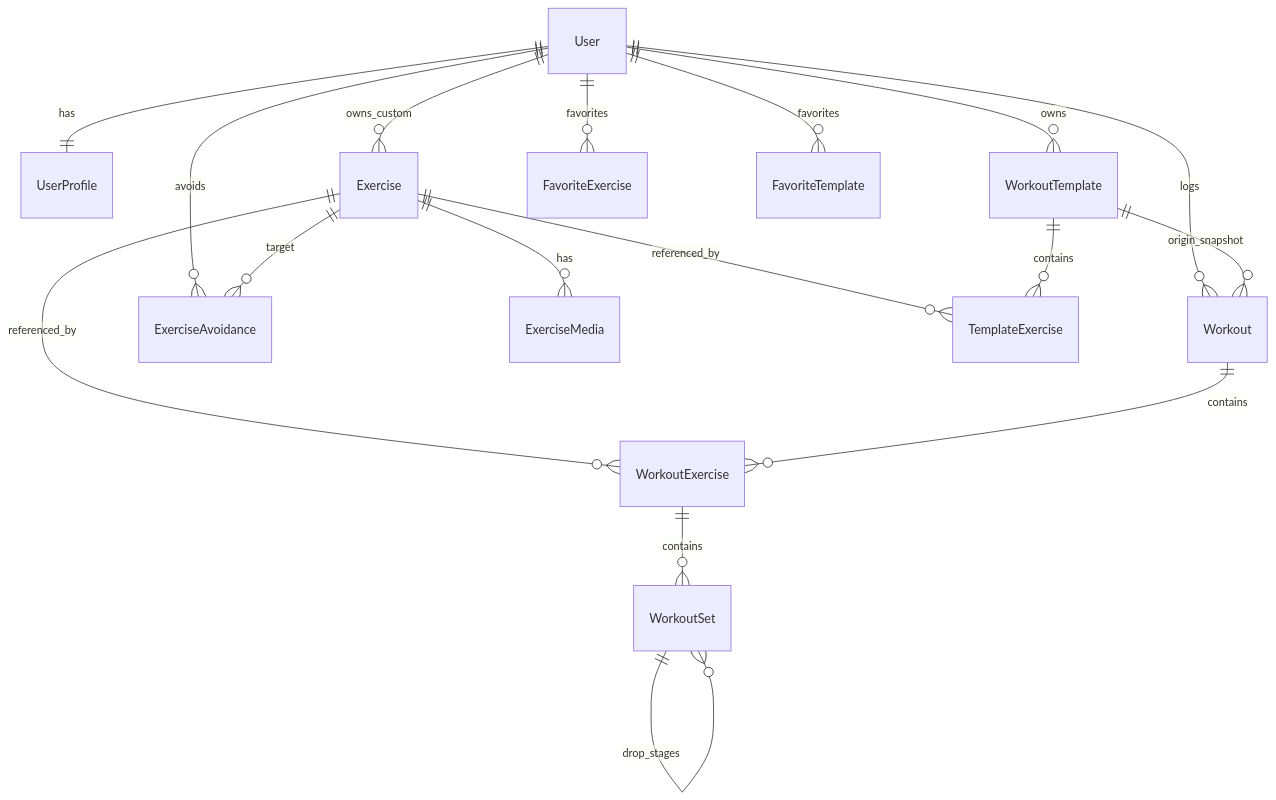
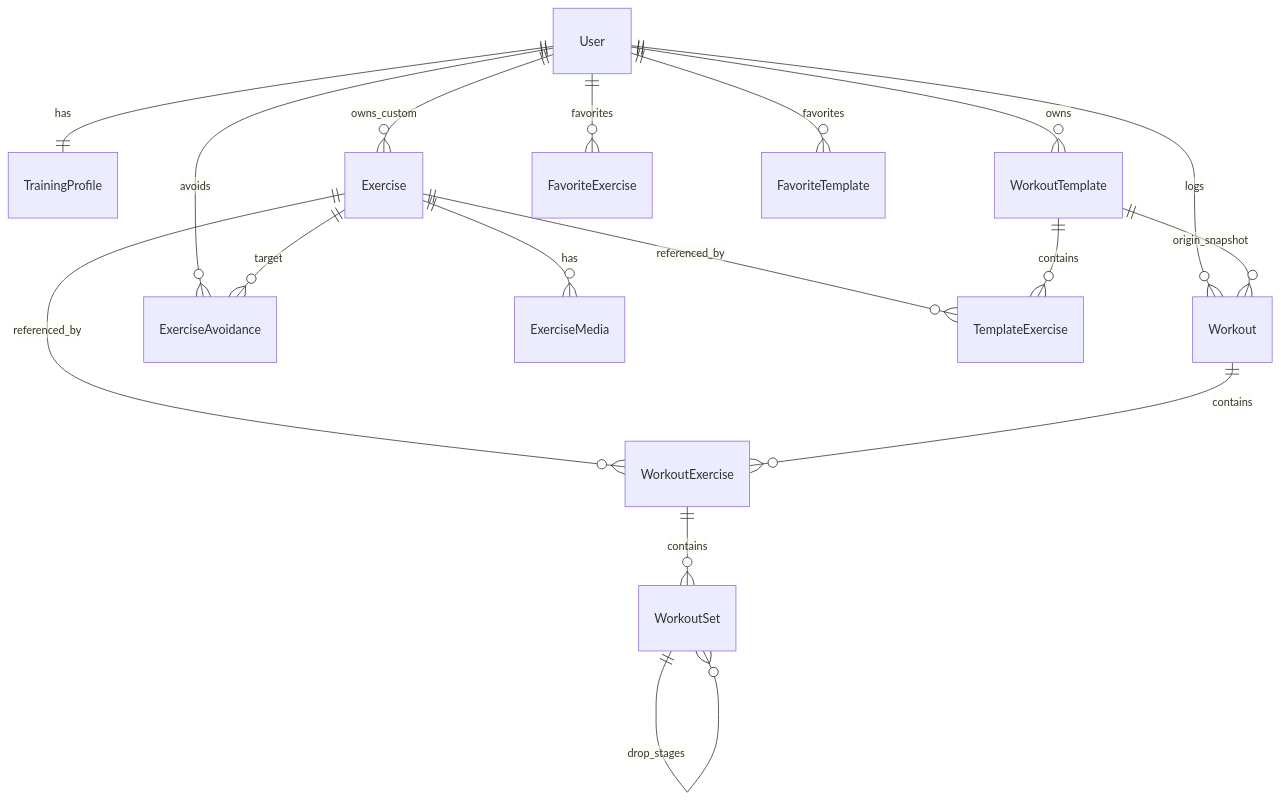
Before and after one commit to brunnokenzokillaruna/workout-tracker: the diagram in docs/DOMAIN_SPEC.md, drawn with Mermaid. The commit also changed other lines of this file and 4 other files, not shown here.

First line of the commit message:
Add User and TrainingProfile with 1:1 relation

````diff
--- a/docs/DOMAIN_SPEC.md
+++ b/docs/DOMAIN_SPEC.md
@@ -29,22 +29,22 @@
 ```mermaid
 erDiagram
-  User ||--|| UserProfile : has
+  User ||--|| TrainingProfile : has
   User ||--o{ Exercise : owns_custom
   User ||--o{ WorkoutTemplate : owns
   User ||--o{ Workout : logs
   User ||--o{ ExerciseAvoidance : avoids
   User ||--o{ FavoriteExercise : favorites
   User ||--o{ FavoriteTemplate : favorites
 
   Exercise ||--o{ ExerciseMedia : has
   Exercise ||--o{ TemplateExercise : referenced_by
   Exercise ||--o{ WorkoutExercise : referenced_by
   Exercise ||--o{ ExerciseAvoidance : target
 
   WorkoutTemplate ||--o{ TemplateExercise : contains
   WorkoutTemplate ||--o{ Workout : origin_snapshot
 
   Workout ||--o{ WorkoutExercise : contains
   WorkoutExercise ||--o{ WorkoutSet : contains
   WorkoutSet ||--o{ WorkoutSet : drop_stages
 ```
````
